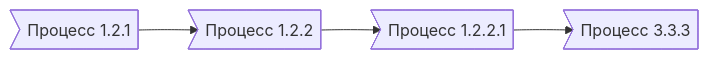
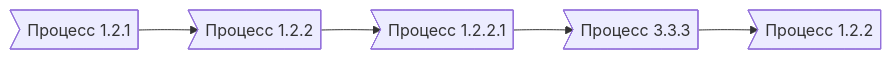
The diagram in METAMODEL/PROCESS/subprocess.md (bpmbpm/doc), drawn with Mermaid before and after one commit. The commit also changed other lines of this file, not shown here.

````diff
--- a/METAMODEL/PROCESS/subprocess.md
+++ b/METAMODEL/PROCESS/subprocess.md
@@ -15,5 +15,5 @@
 ``` mermaid
 flowchart LR
-    1.2.1>Процесс 1.2.1] --> 1.2.2>Процесс 1.2.2] --> 1.2.1.1>Процесс 1.2.2.1]--> 3.3.3>Процесс 3.3.3]
+    1.2.1>Процесс 1.2.1] --> 1.2.2>Процесс 1.2.2] --> 1.2.1.1>Процесс 1.2.2.1]--> 3.3.3>Процесс 3.3.3] --> 1.2.2_>Процесс 1.2.2]
 
 ```  
````
